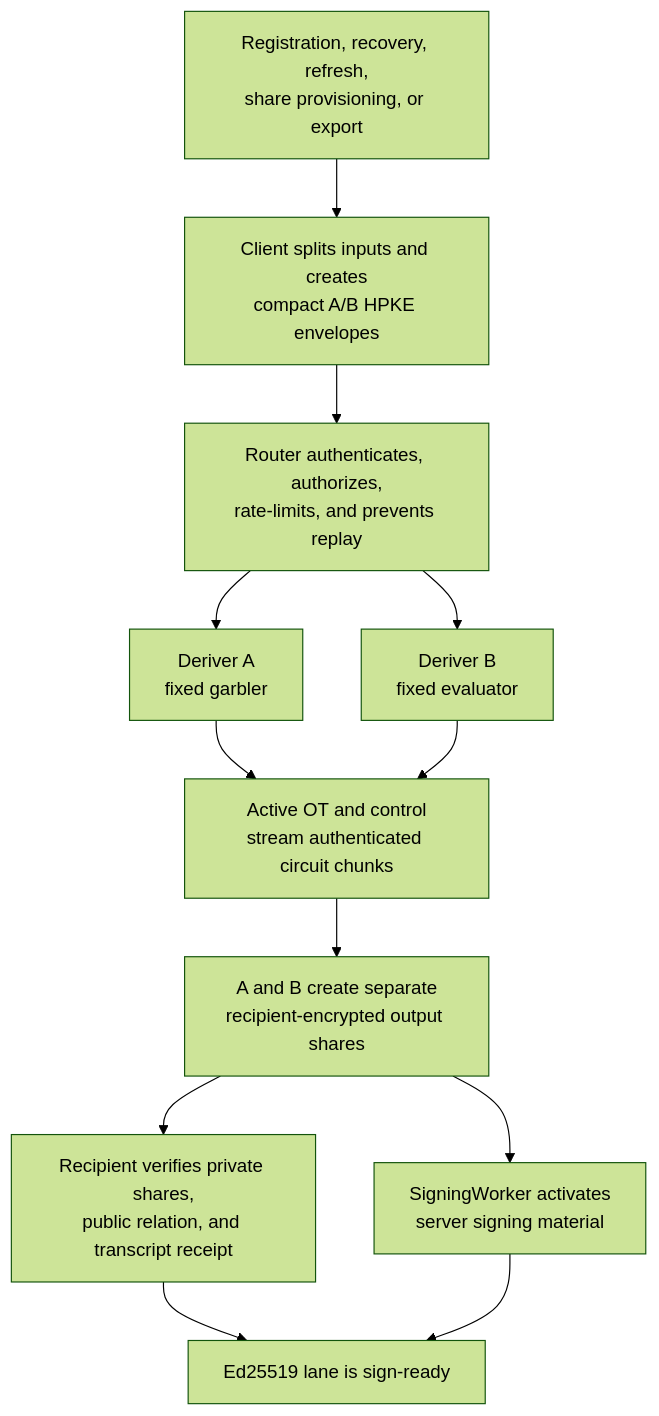
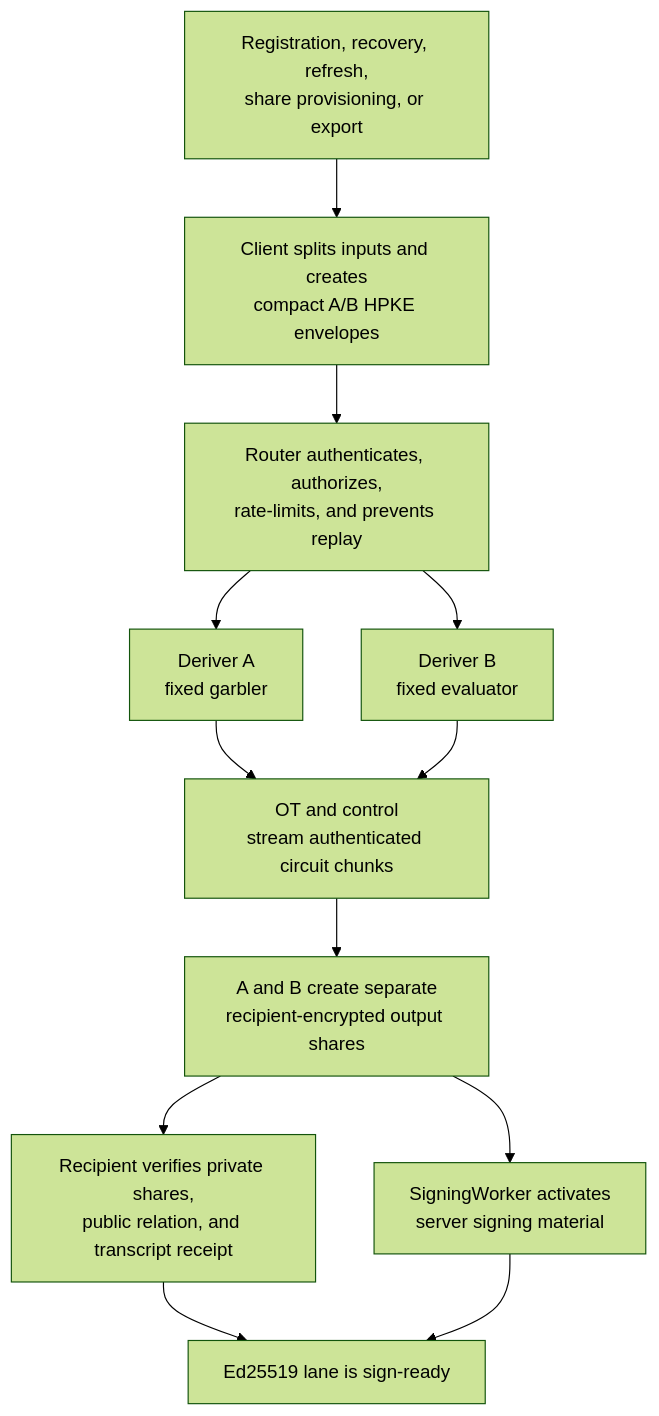
The first of 3 diagrams in apps/docs/src/concepts/threshold-signing/streaming-yao-ab.md (seams-tech/seams-wallet), drawn with Mermaid (forest theme) before and after one commit. The commit also changed other lines of this file and 44 other files, not shown here.

````diff
--- a/apps/docs/src/concepts/threshold-signing/streaming-yao-ab.md
+++ b/apps/docs/src/concepts/threshold-signing/streaming-yao-ab.md
@@ -42,23 +46,23 @@
 ```mermaid
 flowchart TD
   Start["Registration, recovery, refresh,<br/>share provisioning, or export"]
   Client["Client splits inputs and creates<br/>compact A/B HPKE envelopes"]
   Router["Router authenticates, authorizes,<br/>rate-limits, and prevents replay"]
   A["Deriver A<br/>fixed garbler"]
   B["Deriver B<br/>fixed evaluator"]
-  Stream["Active OT and control<br/>stream authenticated circuit chunks"]
+  Stream["OT and control<br/>stream authenticated circuit chunks"]
   Output["A and B create separate<br/>recipient-encrypted output shares"]
   Verify["Recipient verifies private shares,<br/>public relation, and transcript receipt"]
   Activate["SigningWorker activates<br/>server signing material"]
   Ready["Ed25519 lane is sign-ready"]
 
   Start --> Client --> Router
   Router --> A
   Router --> B
   A --> Stream
   B --> Stream
   Stream --> Output --> Verify
   Output --> Activate
   Verify --> Ready
   Activate --> Ready
 ```
````
